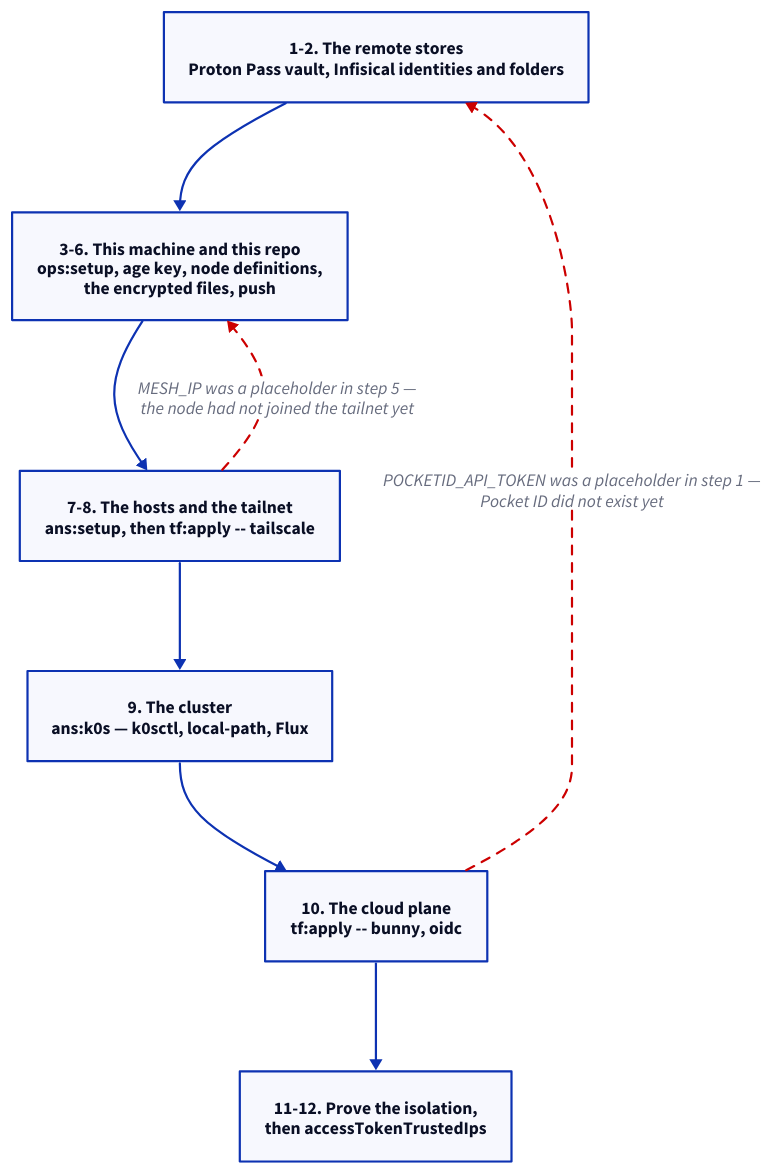
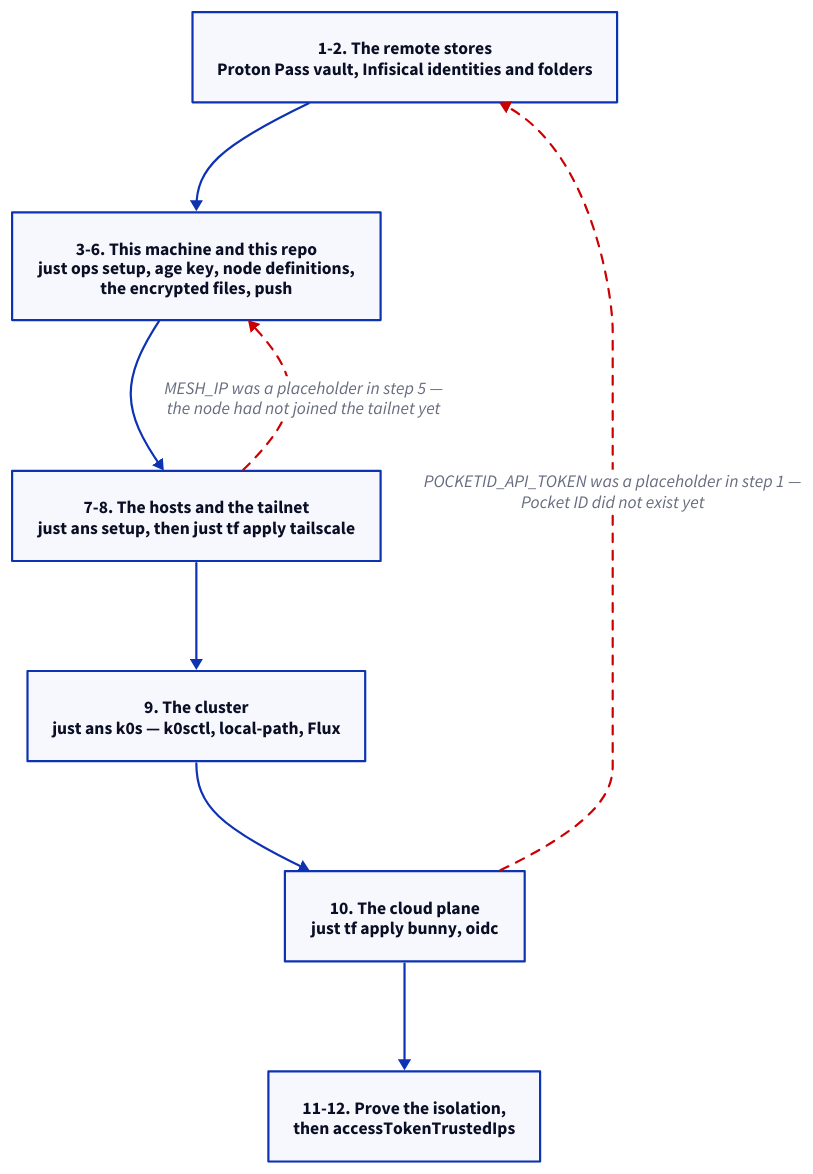
Before and after one commit to brewcoua/futhark: the diagram in docs/src/operations/setup.md, drawn with D2. The commit also changed other lines of this file and 45 other files, not shown here.

````diff
--- a/docs/src/operations/setup.md
+++ b/docs/src/operations/setup.md
@@ -9,19 +9,19 @@
 ```d2
 direction: down
 
 stores: "1-2. The remote stores\nProton Pass vault, Infisical identities and folders"
-repo: "3-6. This machine and this repo\nops:setup, age key, node definitions,\nthe encrypted files, push"
-hosts: "7-8. The hosts and the tailnet\nans:setup, then tf:apply -- tailscale"
-cluster: "9. The cluster\nans:k0s — k0sctl, local-path, Flux"
-cloud: "10. The cloud plane\ntf:apply -- bunny, oidc"
+repo: "3-6. This machine and this repo\njust ops setup, age key, node definitions,\nthe encrypted files, push"
+hosts: "7-8. The hosts and the tailnet\njust ans setup, then just tf apply tailscale"
+cluster: "9. The cluster\njust ans k0s — k0sctl, local-path, Flux"
+cloud: "10. The cloud plane\njust tf apply bunny, oidc"
 after: "11-12. Prove the isolation,\nthen accessTokenTrustedIps"
 
 stores -> repo -> hosts -> cluster -> cloud -> after
 
 hosts -> repo: "MESH_IP was a placeholder in step 5 —\nthe node had not joined the tailnet yet" {
   style: { stroke-dash: 4; stroke: "#c00" }
 }
 cloud -> stores: "POCKETID_API_TOKEN was a placeholder in step 1 —\nPocket ID did not exist yet" {
   style: { stroke-dash: 4; stroke: "#c00" }
 }
 ```
````
